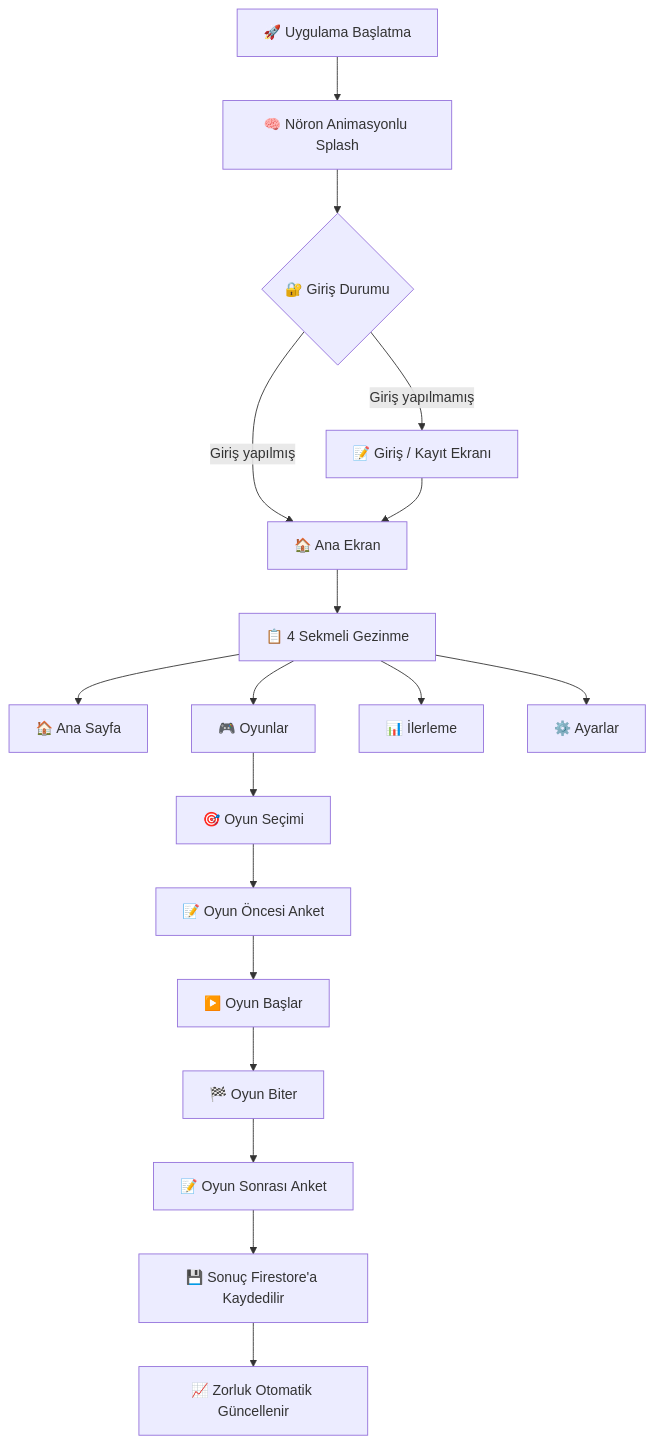
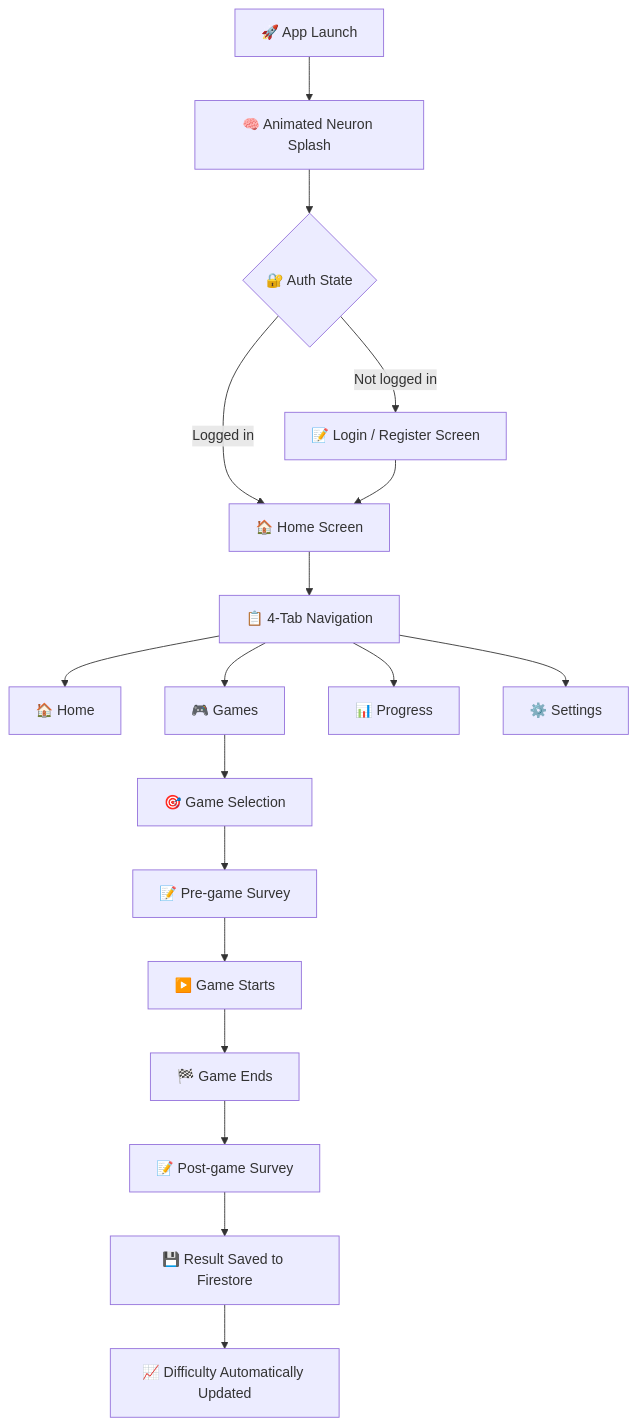
One commit to muhammedsali/norodakika changed the diagram in README.md. Above: the diagram before and after it, drawn with Mermaid. The commit also changed other lines of this file, not shown here.

````diff
--- a/README.md
+++ b/README.md
@@ -226,20 +226,20 @@
 ```mermaid
 flowchart TD
-    A[🚀 Uygulama Başlatma] --> B[🧠 Nöron Animasyonlu Splash]
-    B --> C{🔐 Giriş Durumu}
-    C -->|Giriş yapılmamış| D[📝 Giriş / Kayıt Ekranı]
-    C -->|Giriş yapılmış| E[🏠 Ana Ekran]
+    A[🚀 App Launch] --> B[🧠 Animated Neuron Splash]
+    B --> C{🔐 Auth State}
+    C -->|Not logged in| D[📝 Login / Register Screen]
+    C -->|Logged in| E[🏠 Home Screen]
     D --> E
-    E --> F[📋 4 Sekmeli Gezinme]
-    F --> G[🏠 Ana Sayfa]
-    F --> H[🎮 Oyunlar]
-    F --> I[📊 İlerleme]
-    F --> J[⚙️ Ayarlar]
-    H --> K[🎯 Oyun Seçimi]
-    K --> L[📝 Oyun Öncesi Anket]
-    L --> M[▶️ Oyun Başlar]
-    M --> N[🏁 Oyun Biter]
-    N --> O[📝 Oyun Sonrası Anket]
-    O --> P[💾 Sonuç Firestore'a Kaydedilir]
-    P --> Q[📈 Zorluk Otomatik Güncellenir]
+    E --> F[📋 4-Tab Navigation]
+    F --> G[🏠 Home]
+    F --> H[🎮 Games]
+    F --> I[📊 Progress]
+    F --> J[⚙️ Settings]
+    H --> K[🎯 Game Selection]
+    K --> L[📝 Pre-game Survey]
+    L --> M[▶️ Game Starts]
+    M --> N[🏁 Game Ends]
+    N --> O[📝 Post-game Survey]
+    O --> P[💾 Result Saved to Firestore]
+    P --> Q[📈 Difficulty Automatically Updated]
 ```
````
